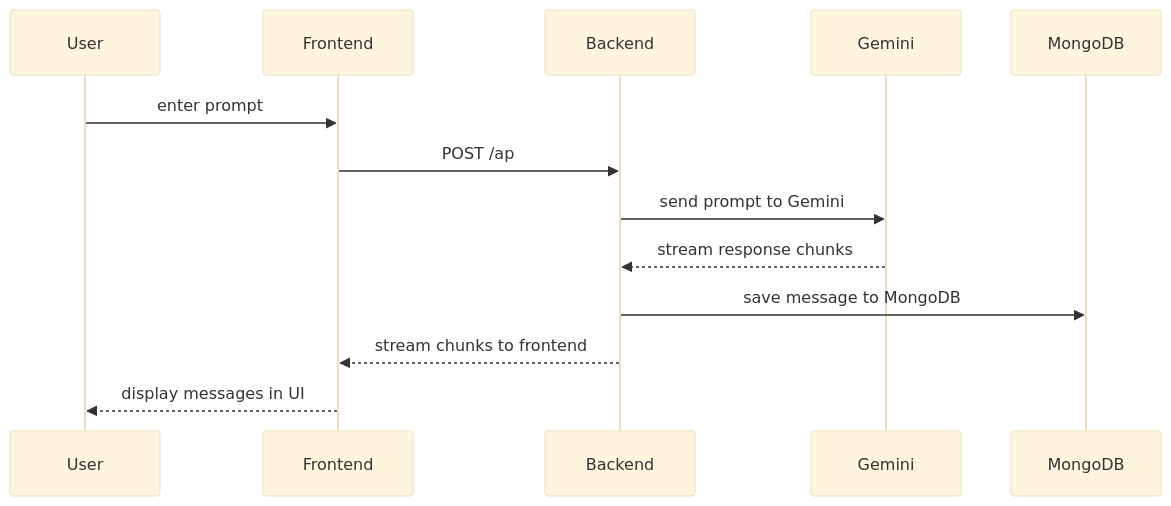
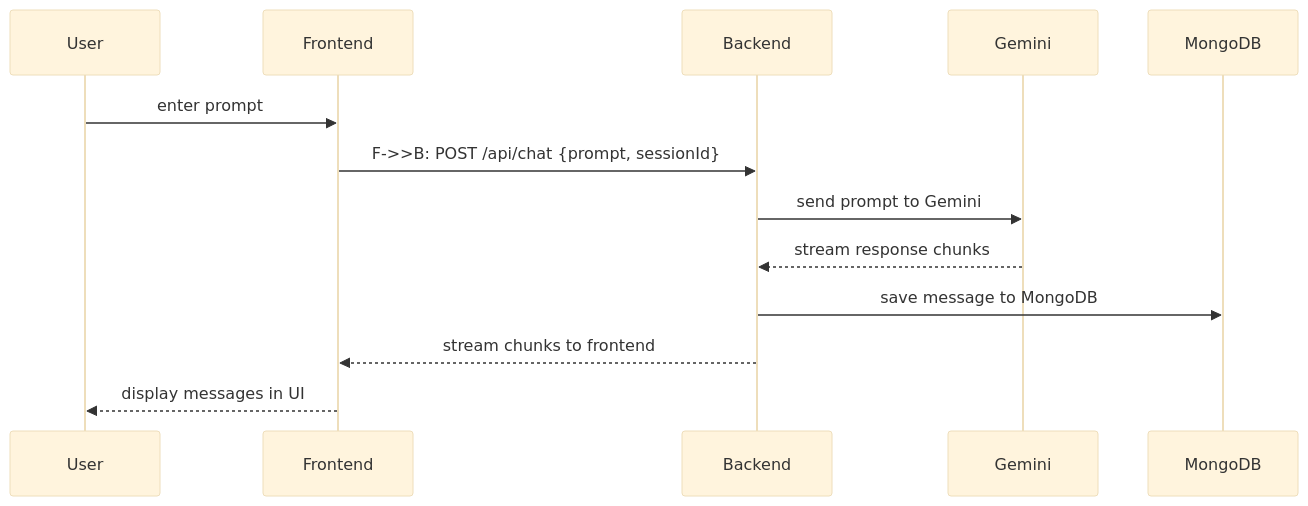
The second of 2 diagrams in README.md (AnupamKumar-1/cogniG), drawn with Mermaid (base theme) before and after one commit.

Commit message:
Readme Update

````diff
--- a/README.md
+++ b/README.md
@@ -36,16 +36,16 @@
 ```mermaid
 sequenceDiagram
   participant U as User
   participant F as Frontend
   participant B as Backend
   participant G as Gemini
   participant M as MongoDB
 
   U->>F: enter prompt
-  F->>B: POST /ap
+  F->>B: F->>B: POST /api/chat {prompt, sessionId}
   B->>G: send prompt to Gemini
   G-->>B: stream response chunks
   B->>M: save message to MongoDB
   B-->>F: stream chunks to frontend
   F-->>U: display messages in UI
 ```
````
